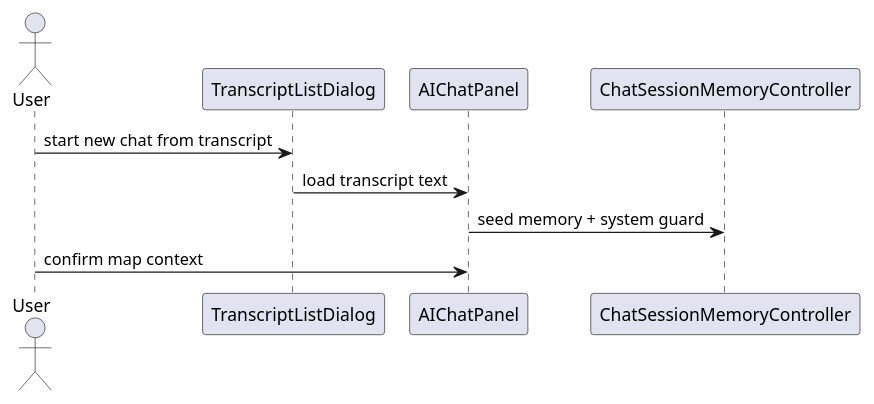
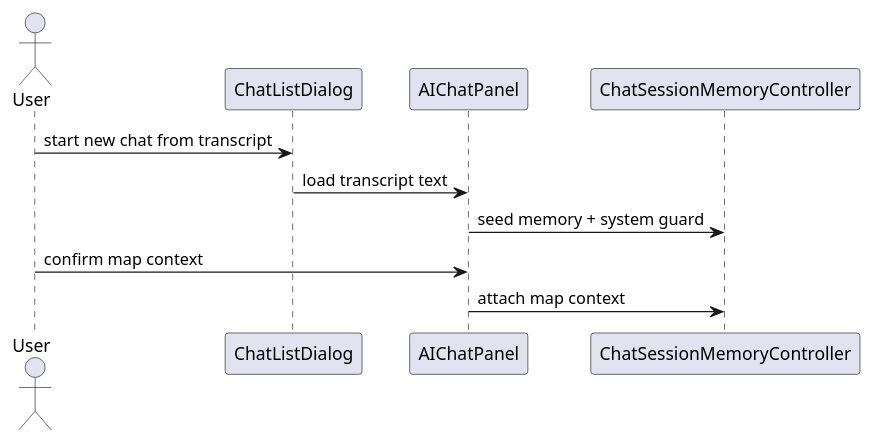
Before and after one commit to guoranjun2/nexordia: the fifth of 5 diagrams in freeplane_plugin_ai/specs/tasks/in-progress/tool-capable-chat-history-transcripts.md, drawn with PlantUML. The commit also changed other lines of this file and 1 other file, not shown here.

Commit message:
2026-01-24-chat-history-transcripts: split transcript task and refine designs

````diff
--- a/freeplane_plugin_ai/specs/tasks/in-progress/tool-capable-chat-history-transcripts.md
+++ b/freeplane_plugin_ai/specs/tasks/in-progress/tool-capable-chat-history-transcripts.md
@@ -383,12 +301,13 @@
   ```plantuml
   @startuml
   actor User
-  participant TranscriptListDialog
+  participant ChatListDialog
   participant AIChatPanel
   participant ChatSessionMemoryController
-  User -> TranscriptListDialog : start new chat from transcript
-  TranscriptListDialog -> AIChatPanel : load transcript text
+  User -> ChatListDialog : start new chat from transcript
+  ChatListDialog -> AIChatPanel : load transcript text
   AIChatPanel -> ChatSessionMemoryController : seed memory + system guard
   User -> AIChatPanel : confirm map context
+  AIChatPanel -> ChatSessionMemoryController : attach map context
   @enduml
   ```
````
